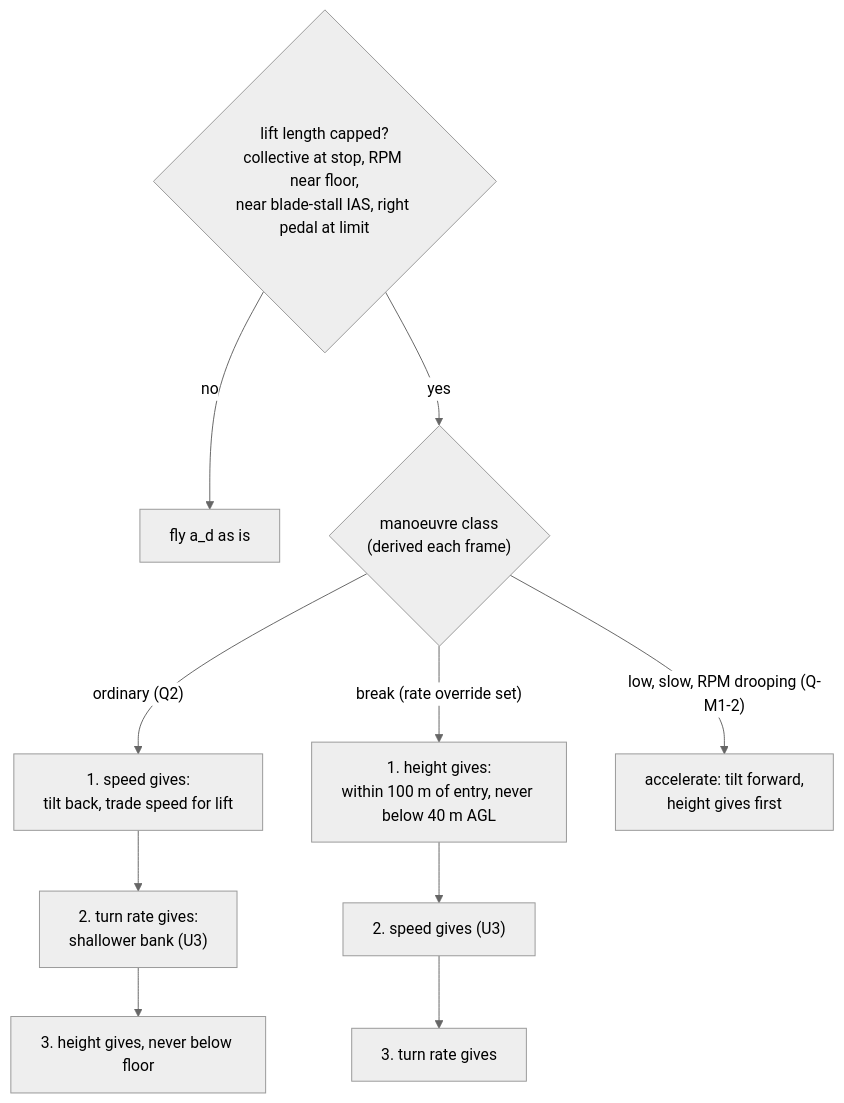
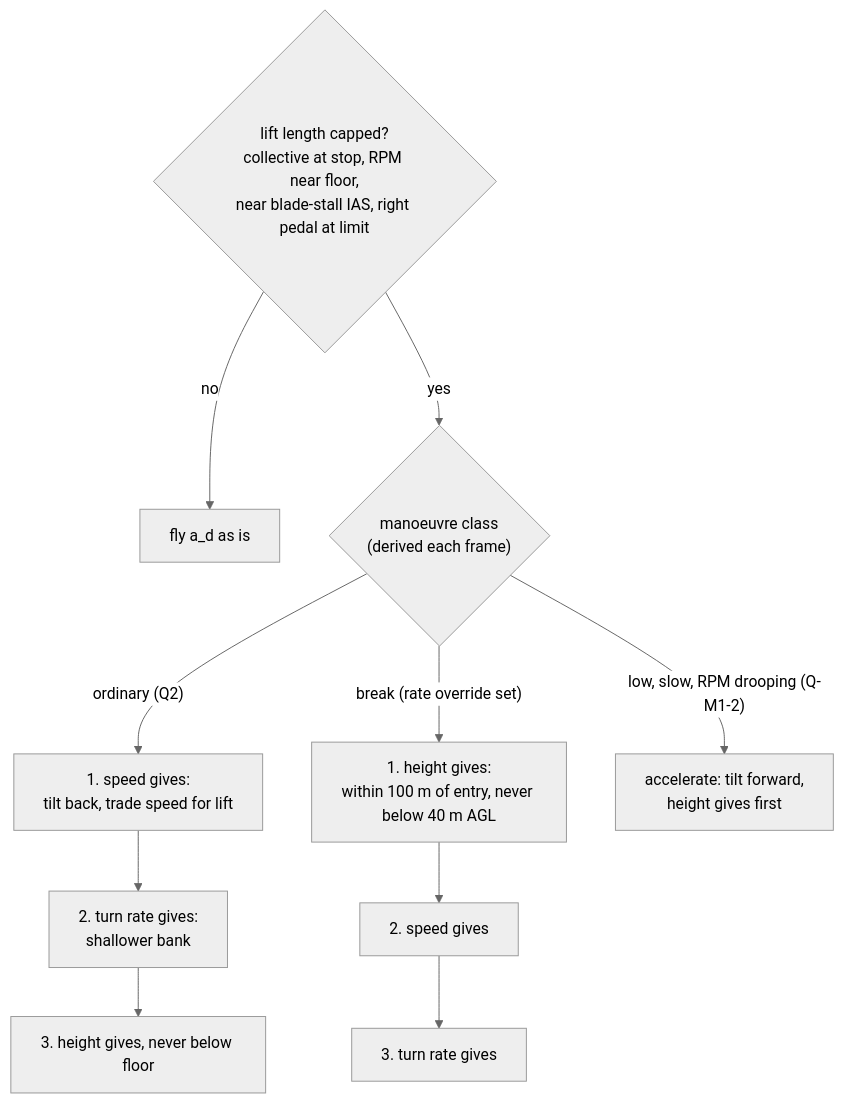
Before and after one commit to lightlyfallingrain/DCS-petrobrain: the fourth of 6 diagrams in plans/flight-lift-vector/plan.md, drawn with Mermaid (neutral theme). The commit also changed other lines of this file and 1 other file, not shown here.

First line of the commit message:
BL-16 lift-vector plan: amend with user's U1-U7 answers

````diff
--- a/plans/flight-lift-vector/plan.md
+++ b/plans/flight-lift-vector/plan.md
@@ -181,8 +218,8 @@
 ```mermaid
 flowchart TB
   L{"lift length capped?<br/>collective at stop, RPM near floor,<br/>near blade-stall IAS, right pedal at limit"} -- no --> N["fly a_d as is"]
   L -- yes --> C{"manoeuvre class<br/>(derived each frame)"}
-  C -- "ordinary (Q2)" --> O1["1. speed gives:<br/>tilt back, trade speed for lift"] --> O2["2. turn rate gives:<br/>shallower bank (U3)"] --> O3["3. height gives, never below floor"]
-  C -- "break (rate override set)" --> B1["1. height gives:<br/>within 100 m of entry, never below 40 m AGL"] --> B2["2. speed gives (U3)"] --> B3["3. turn rate gives"]
+  C -- "ordinary (Q2)" --> O1["1. speed gives:<br/>tilt back, trade speed for lift"] --> O2["2. turn rate gives:<br/>shallower bank"] --> O3["3. height gives, never below floor"]
+  C -- "break (rate override set)" --> B1["1. height gives:<br/>within 100 m of entry, never below 40 m AGL"] --> B2["2. speed gives"] --> B3["3. turn rate gives"]
   C -- "low, slow, RPM drooping (Q-M1-2)" --> R1["accelerate: tilt forward,<br/>height gives first"]
 ```
````
